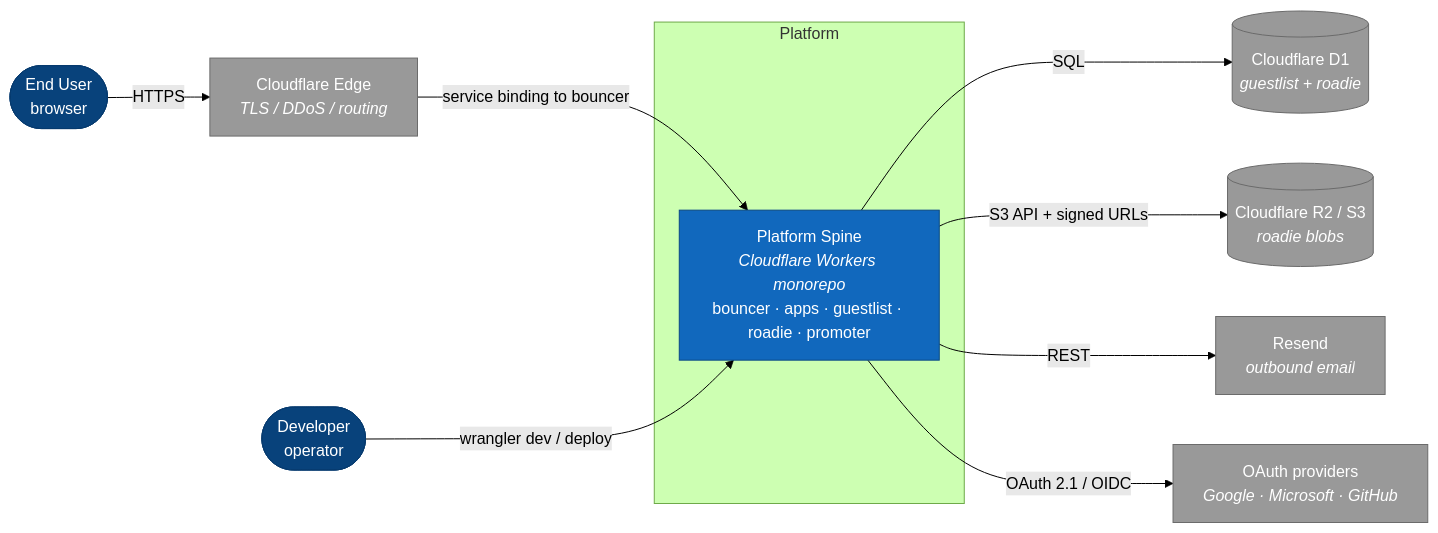
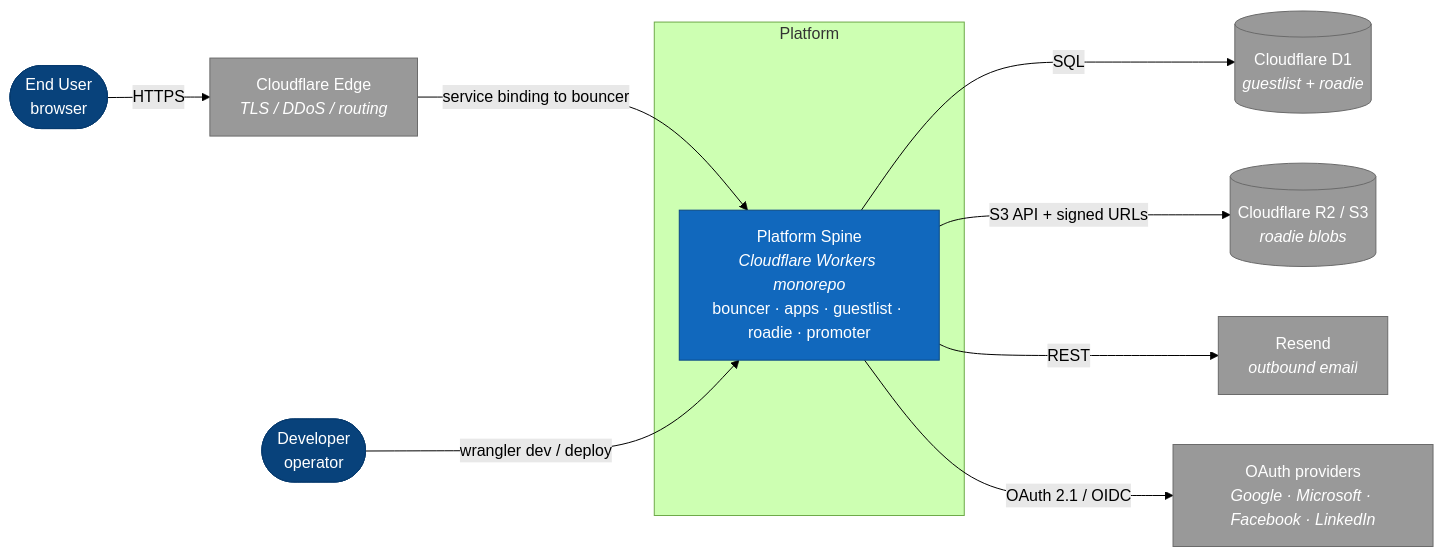
The first of 12 diagrams in docs/ARCHITECTURE.md (apostolos-geyer/somewhatintelligent), drawn with Mermaid (forest theme) before and after one commit. The commit also changed other lines of this file and 68 other files, not shown here.

````diff
--- a/docs/ARCHITECTURE.md
+++ b/docs/ARCHITECTURE.md
@@ -25,27 +25,27 @@
 ```mermaid
 flowchart LR
   user(["End User<br/>browser"]):::person
   dev(["Developer<br/>operator"]):::person
 
   subgraph platform["Platform"]
     spine["Platform Spine<br/><i>Cloudflare Workers monorepo</i><br/>bouncer · apps · guestlist · roadie · promoter"]:::system
   end
 
   cf["Cloudflare Edge<br/><i>TLS / DDoS / routing</i>"]:::ext
   d1[("Cloudflare D1<br/><i>guestlist + roadie</i>")]:::ext
   r2[("Cloudflare R2 / S3<br/><i>roadie blobs</i>")]:::ext
   resend["Resend<br/><i>outbound email</i>"]:::ext
-  idp["OAuth providers<br/><i>Google · Microsoft · GitHub</i>"]:::ext
+  idp["OAuth providers<br/><i>Google · Microsoft · Facebook · LinkedIn</i>"]:::ext
 
   user -->|HTTPS| cf
   cf -->|service binding to bouncer| spine
   dev -->|wrangler dev / deploy| spine
   spine -->|SQL| d1
   spine -->|S3 API + signed URLs| r2
   spine -->|REST| resend
   spine -->|OAuth 2.1 / OIDC| idp
 
   classDef person fill:#08427b,stroke:#073b6f,color:#fff
   classDef system fill:#1168bd,stroke:#0b4884,color:#fff
   classDef ext fill:#999,stroke:#6b6b6b,color:#fff
 ```
````
